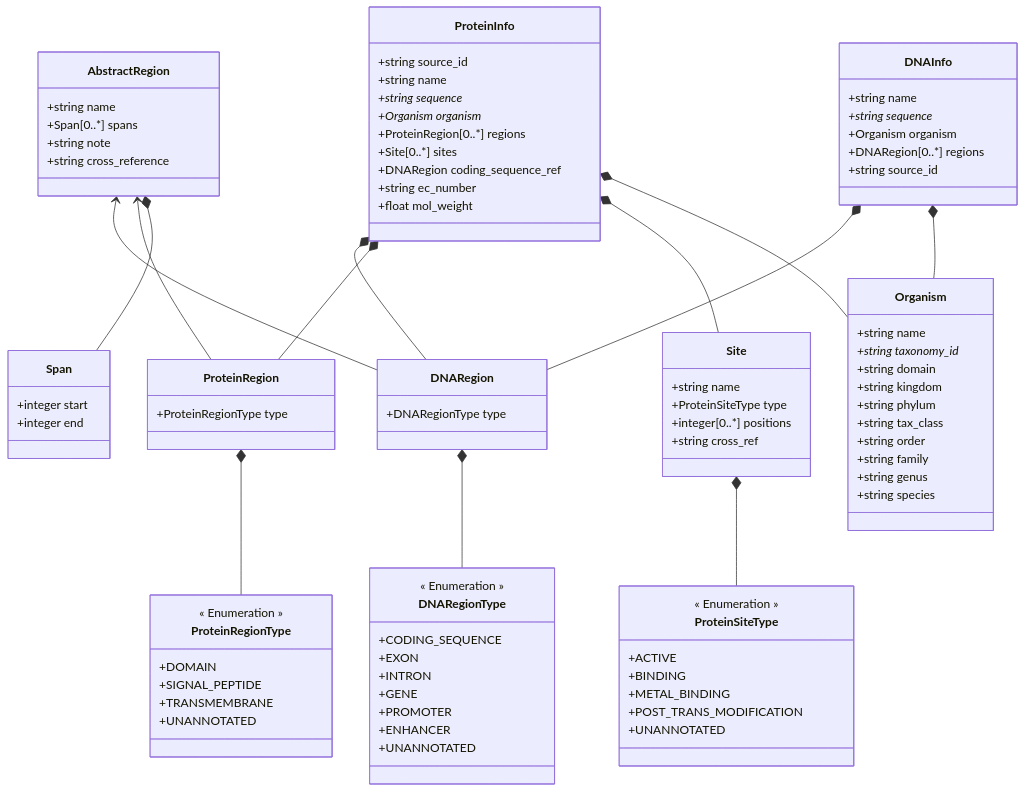
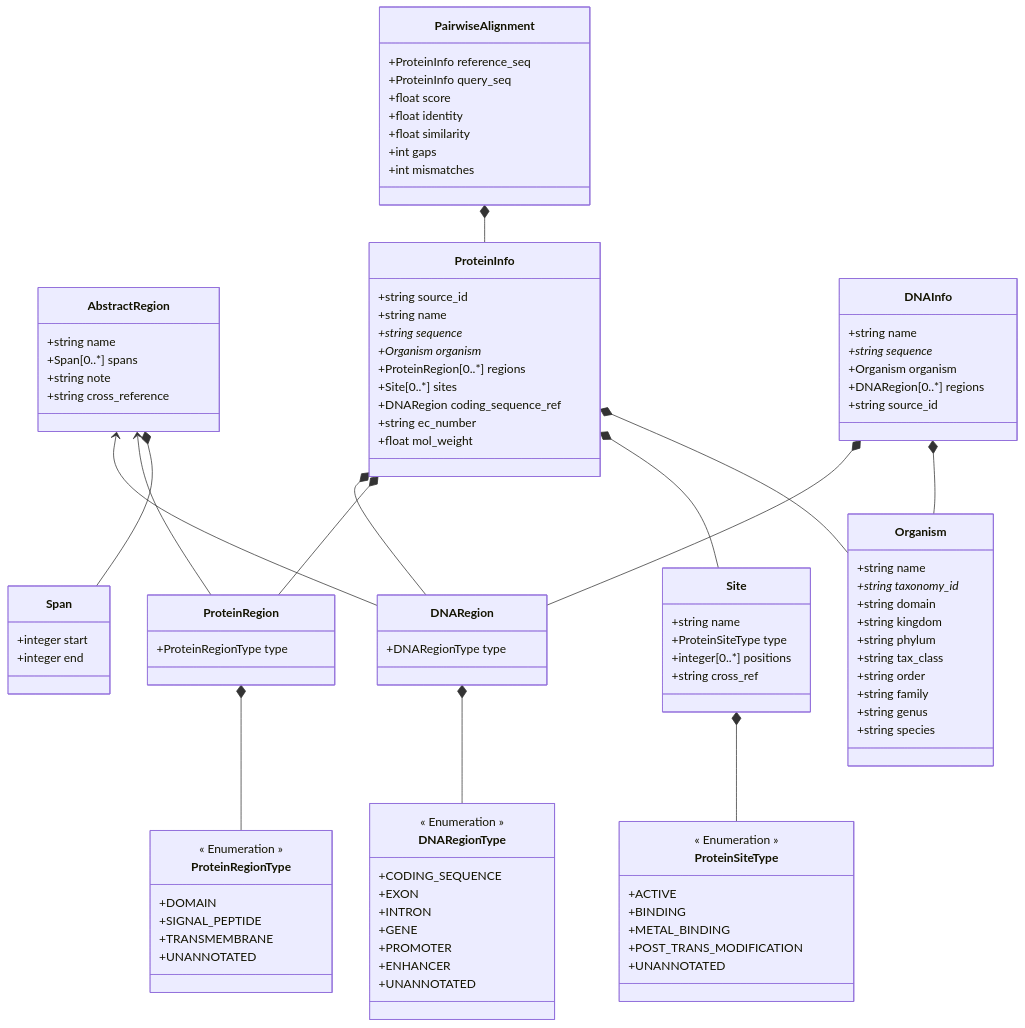
One commit to PyEED/pyeed changed the diagram in pyEED/schemes/pyeed_schema.md. Above: the diagram before and after it, drawn with Mermaid. The commit also changed 23 other files, not shown here.

```diff
--- a/pyEED/schemes/pyeed_schema.md
+++ b/pyEED/schemes/pyeed_schema.md
@@ -12,6 +12,7 @@
     DNARegion *-- DNARegionType
     ProteinRegion *-- ProteinRegionType
     Site *-- ProteinSiteType
+    PairwiseAlignment *-- ProteinInfo
     
     class ProteinInfo {
         +string source_id
@@ -73,6 +74,16 @@
         +string species
     }
     
+    class PairwiseAlignment {
+        +ProteinInfo reference_seq
+        +ProteinInfo query_seq
+        +float score
+        +float identity
+        +float similarity
+        +int gaps
+        +int mismatches
+    }
+    
     class ProteinSiteType {
         << Enumeration >>
         +ACTIVE
```
